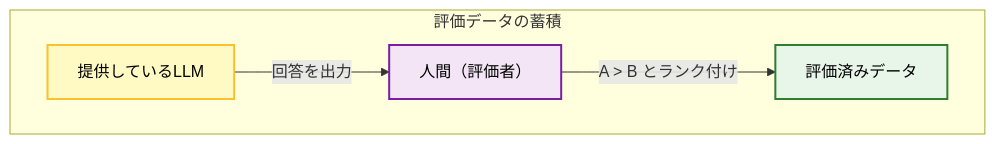
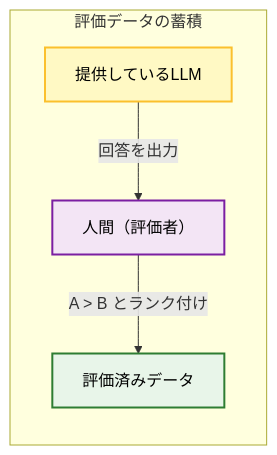
Before and after one commit to takattty/llm-study20251201: the diagram in fig/human.md, drawn with Mermaid. The commit also changed 13 other files, not shown here.

Commit message:
change figure for safari

````diff
--- a/fig/human.md
+++ b/fig/human.md
@@ -1,12 +1,13 @@
 ```mermaid
 flowchart TD
     %% スタイル定義
     classDef base fill:#fff9c4,stroke:#fbc02d,stroke-width:2px,color:#000;
     classDef human fill:#f3e5f5,stroke:#7b1fa2,stroke-width:2px,color:#000;
     classDef data fill:#e8f5e9,stroke:#2e7d32,stroke-width:2px,color:#000;
 
     subgraph Common ["評価データの蓄積"]
+        direction TB
         BaseModel["提供しているLLM"]:::base --> |"回答を出力"| Human["人間（評価者）"]:::human
         Human --> |"A > B とランク付け"| EvalData["評価済みデータ"]:::data
     end
 ```
````
